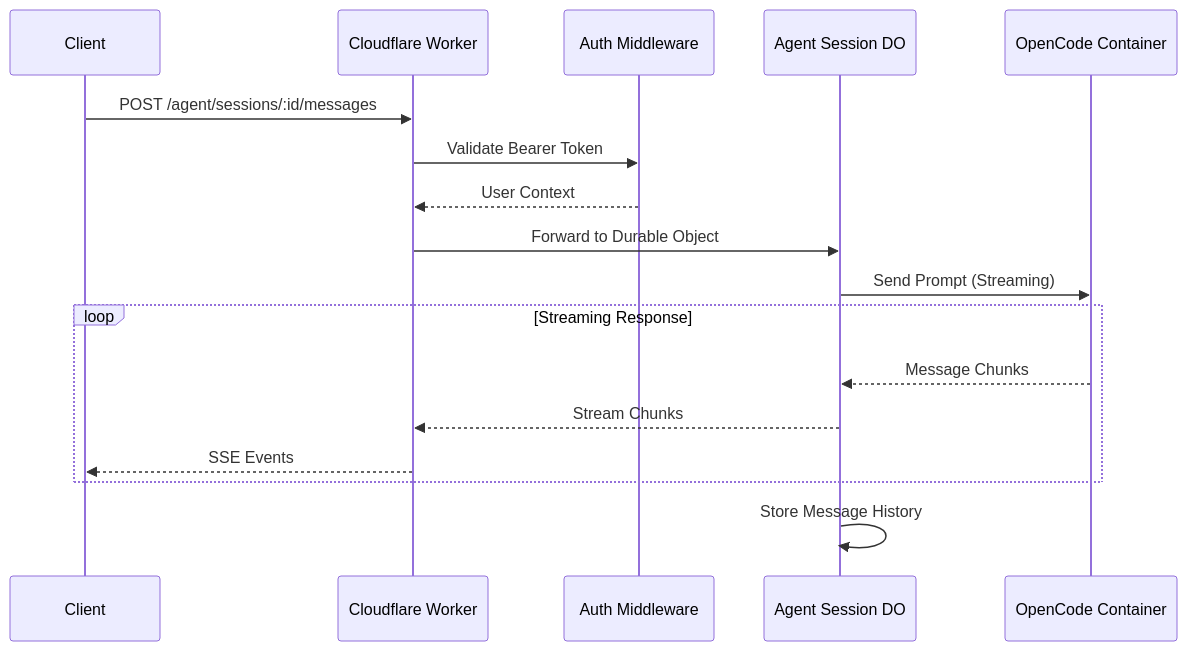
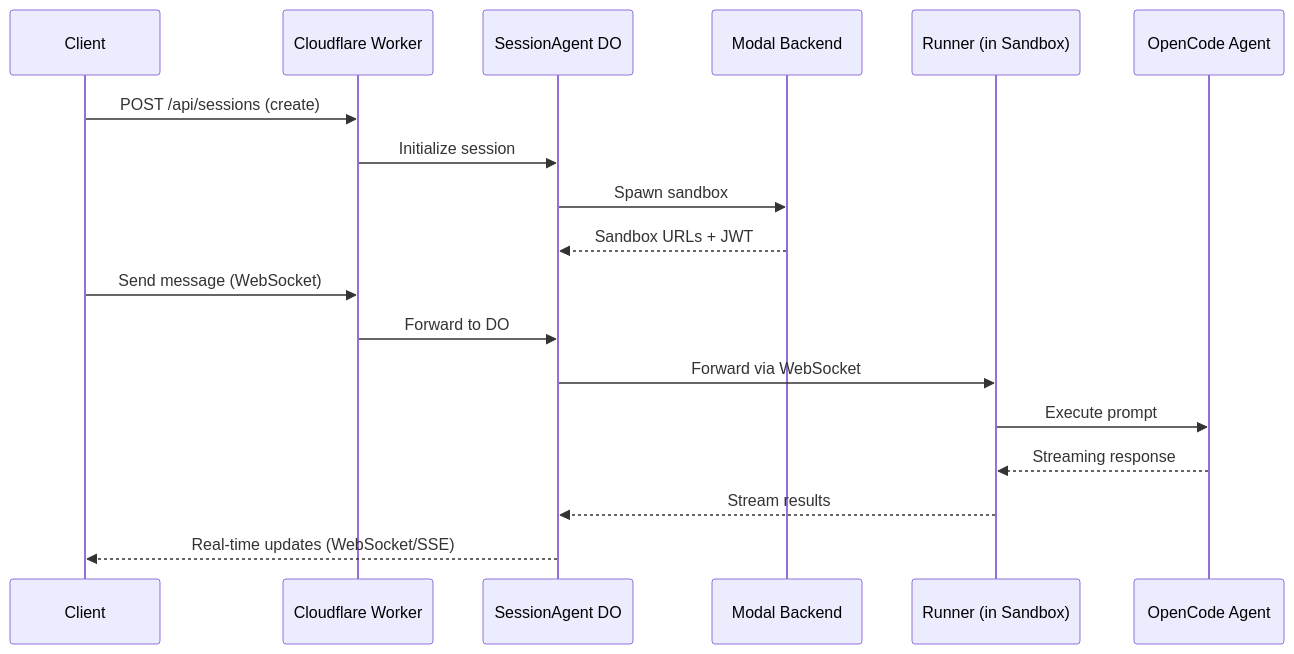
The second of 2 diagrams in README.md (yourbuddyconner/agent-ops), drawn with Mermaid before and after one commit. The commit also changed other lines of this file and 4 other files, not shown here.

First line of the commit message:
Add mermaid diagram rendering to chat UI and update README

````diff
--- a/README.md
+++ b/README.md
@@ -49,22 +59,22 @@
 ```mermaid
 sequenceDiagram
     participant Client
     participant Worker as Cloudflare Worker
-    participant Auth as Auth Middleware
-    participant DO as Agent Session DO
-    participant OpenCode as OpenCode Container
+    participant DO as SessionAgent DO
+    participant Modal as Modal Backend
+    participant Runner as Runner (in Sandbox)
+    participant Agent as OpenCode Agent
 
-    Client->>Worker: POST /agent/sessions/:id/messages
-    Worker->>Auth: Validate Bearer Token
-    Auth-->>Worker: User Context
-    Worker->>DO: Forward to Durable Object
-    DO->>OpenCode: Send Prompt (Streaming)
-    
-    loop Streaming Response
-        OpenCode-->>DO: Message Chunks
-        DO-->>Worker: Stream Chunks
-        Worker-->>Client: SSE Events
-    end
-    
-    DO->>DO: Store Message History
+    Client->>Worker: POST /api/sessions (create)
+    Worker->>DO: Initialize session
+    DO->>Modal: Spawn sandbox
+    Modal-->>DO: Sandbox URLs + JWT
+
+    Client->>Worker: Send message (WebSocket)
+    Worker->>DO: Forward to DO
+    DO->>Runner: Forward via WebSocket
+    Runner->>Agent: Execute prompt
+    Agent-->>Runner: Streaming response
+    Runner-->>DO: Stream results
+    DO-->>Client: Real-time updates (WebSocket/SSE)
 ```
````
